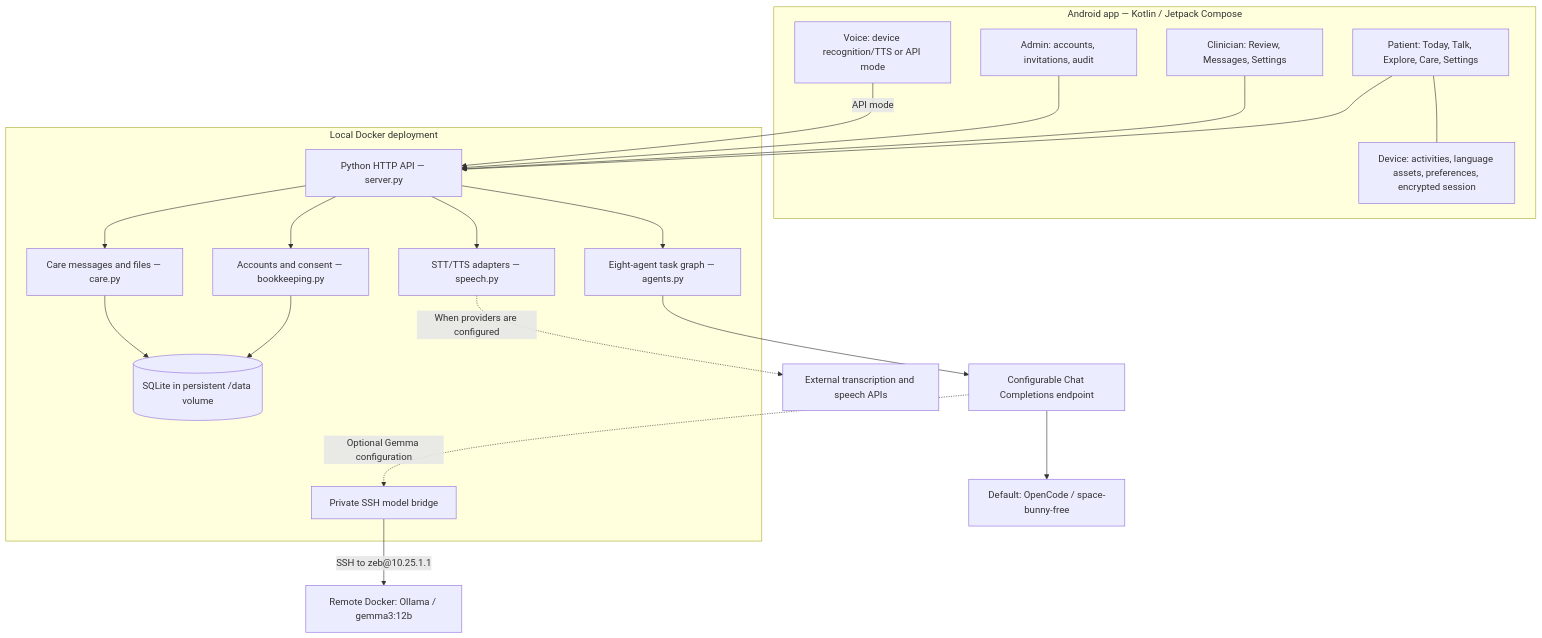
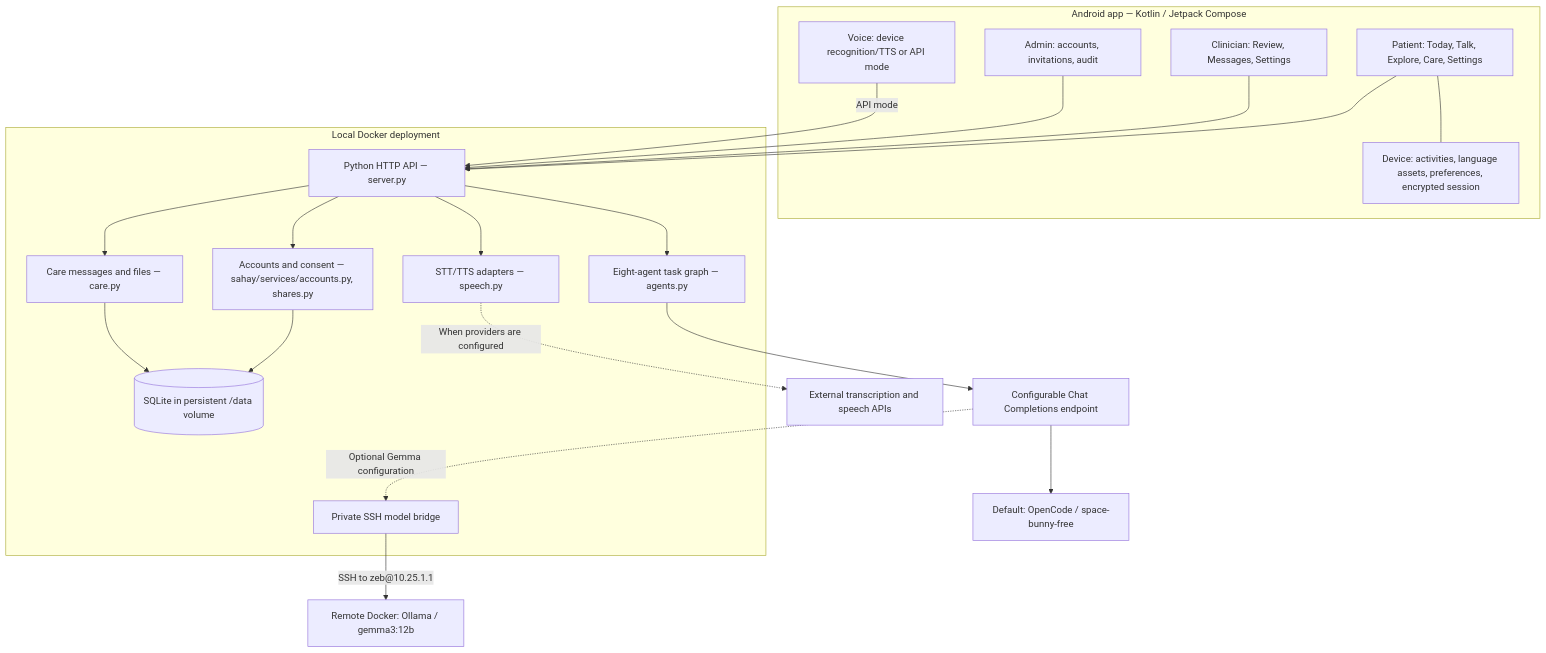
Before and after one commit to gqvz/aimlsem5: the first of 2 diagrams in ARCHITECTURE.md, drawn with Mermaid. The commit also changed 43 other files, not shown here.

````diff
--- a/ARCHITECTURE.md
+++ b/ARCHITECTURE.md
@@ -9,35 +9,35 @@
 ```mermaid
 flowchart TB
     subgraph Android["Android app — Kotlin / Jetpack Compose"]
         Patient["Patient: Today, Talk, Explore, Care, Settings"]
         Clinician["Clinician: Review, Messages, Settings"]
         Admin["Admin: accounts, invitations, audit"]
         Local["Device: activities, language assets, preferences, encrypted session"]
         Voice["Voice: device recognition/TTS or API mode"]
     end
     subgraph Docker["Local Docker deployment"]
         API["Python HTTP API — server.py"]
         Graph["Eight-agent task graph — agents.py"]
-        Accounts["Accounts and consent — bookkeeping.py"]
+        Accounts["Accounts and consent — sahay/services/accounts.py, shares.py"]
         Care["Care messages and files — care.py"]
         Speech["STT/TTS adapters — speech.py"]
         DB[("SQLite in persistent /data volume")]
         Tunnel["Private SSH model bridge"]
     end
     Patient --> API
     Clinician --> API
     Admin --> API
     Patient --- Local
     Voice -->|"API mode"| API
     API --> Graph
     API --> Accounts
     API --> Care
     API --> Speech
     Accounts --> DB
     Care --> DB
     Graph --> ModelAPI["Configurable Chat Completions endpoint"]
     ModelAPI --> Zen["Default: OpenCode / space-bunny-free"]
     ModelAPI -.->|"Optional Gemma configuration"| Tunnel
     Tunnel -->|"SSH to zeb@10.25.1.1"| Gemma["Remote Docker: Ollama / gemma3:12b"]
     Speech -.->|"When providers are configured"| Providers["External transcription and speech APIs"]
 ```
````
